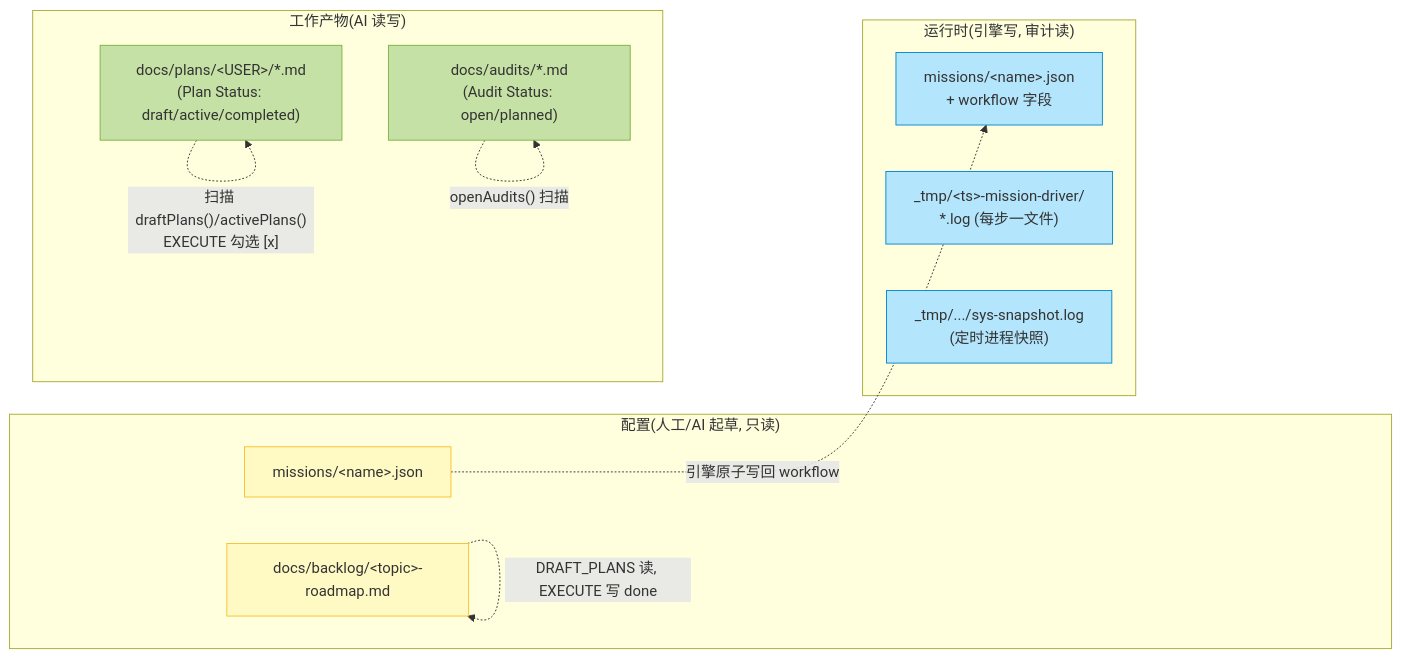
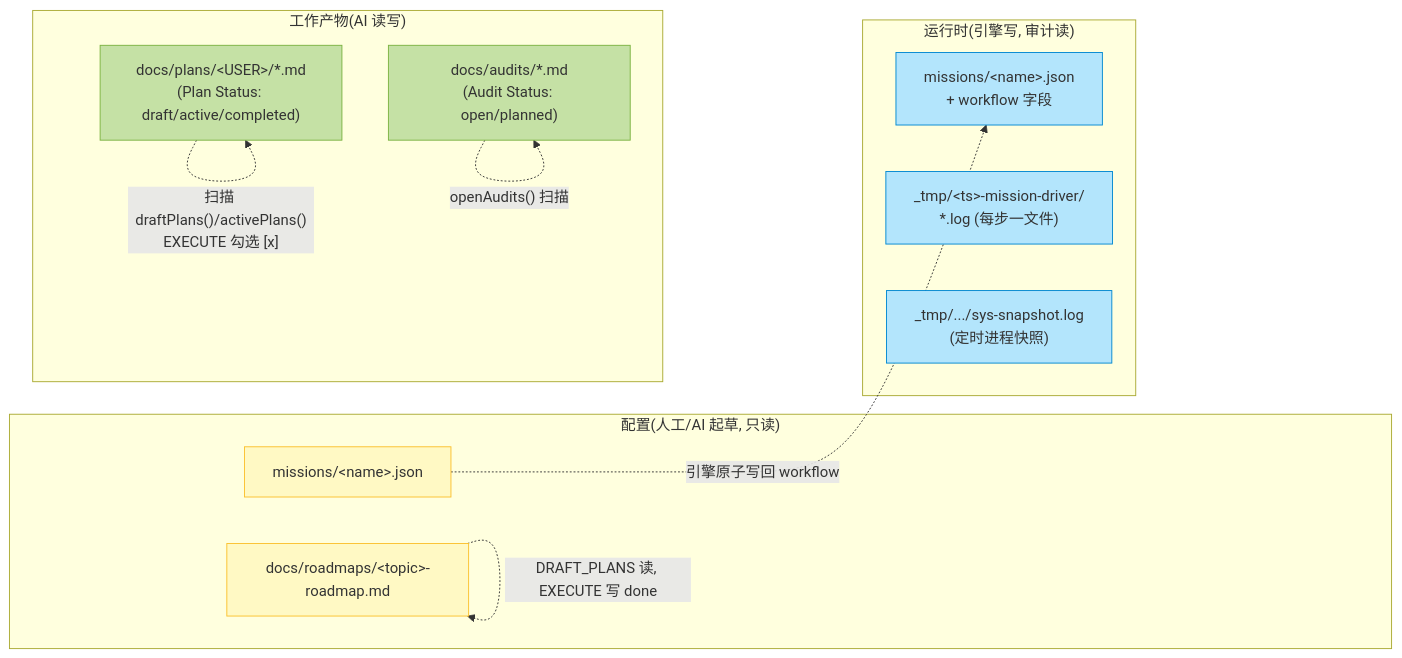
Before and after one commit to entropy-cloud/attractor-guided-engineering-template: the ninth of 10 diagrams in tools/mission-driver/EXECUTION-PRINCIPLE.md, drawn with Mermaid. The commit also changed other lines of this file and 129 other files, not shown here.

````diff
--- a/tools/mission-driver/EXECUTION-PRINCIPLE.md
+++ b/tools/mission-driver/EXECUTION-PRINCIPLE.md
@@ -483,30 +483,30 @@
 ```mermaid
 graph LR
     subgraph 配置["配置(人工/AI 起草, 只读)"]
         MJSON["missions/&lt;name&gt;.json"]
-        RM["docs/backlog/&lt;topic&gt;-roadmap.md"]
+        RM["docs/roadmaps/&lt;topic&gt;-roadmap.md"]
     end
 
     subgraph 工作产物["工作产物(AI 读写)"]
         PLANS["docs/plans/&lt;USER&gt;/*.md<br/>(Plan Status: draft/active/completed)"]
         AUDITS["docs/audits/*.md<br/>(Audit Status: open/planned)"]
     end
 
     subgraph 运行时["运行时(引擎写, 审计读)"]
         WF["missions/&lt;name&gt;.json<br/>+ workflow 字段"]
         LOGS["_tmp/&lt;ts&gt;-mission-driver/<br/>*.log (每步一文件)"]
         SNAP["_tmp/.../sys-snapshot.log<br/>(定时进程快照)"]
     end
 
     MJSON -.引擎原子写回 workflow.-> WF
     RM -.DRAFT_PLANS 读, EXECUTE 写 done.-> RM
     PLANS -.扫描 draftPlans()/activePlans()<br/>EXECUTE 勾选 [x].-> PLANS
     AUDITS -.openAudits() 扫描.-> AUDITS
 
     classDef cfg fill:#fff9c4,stroke:#fbc02d;
     classDef work fill:#c5e1a5,stroke:#7cb342;
     classDef rt fill:#b3e5fc,stroke:#0288d1;
     class MJSON,RM cfg;
     class PLANS,AUDITS work;
     class WF,LOGS,SNAP rt;
 ```
````
